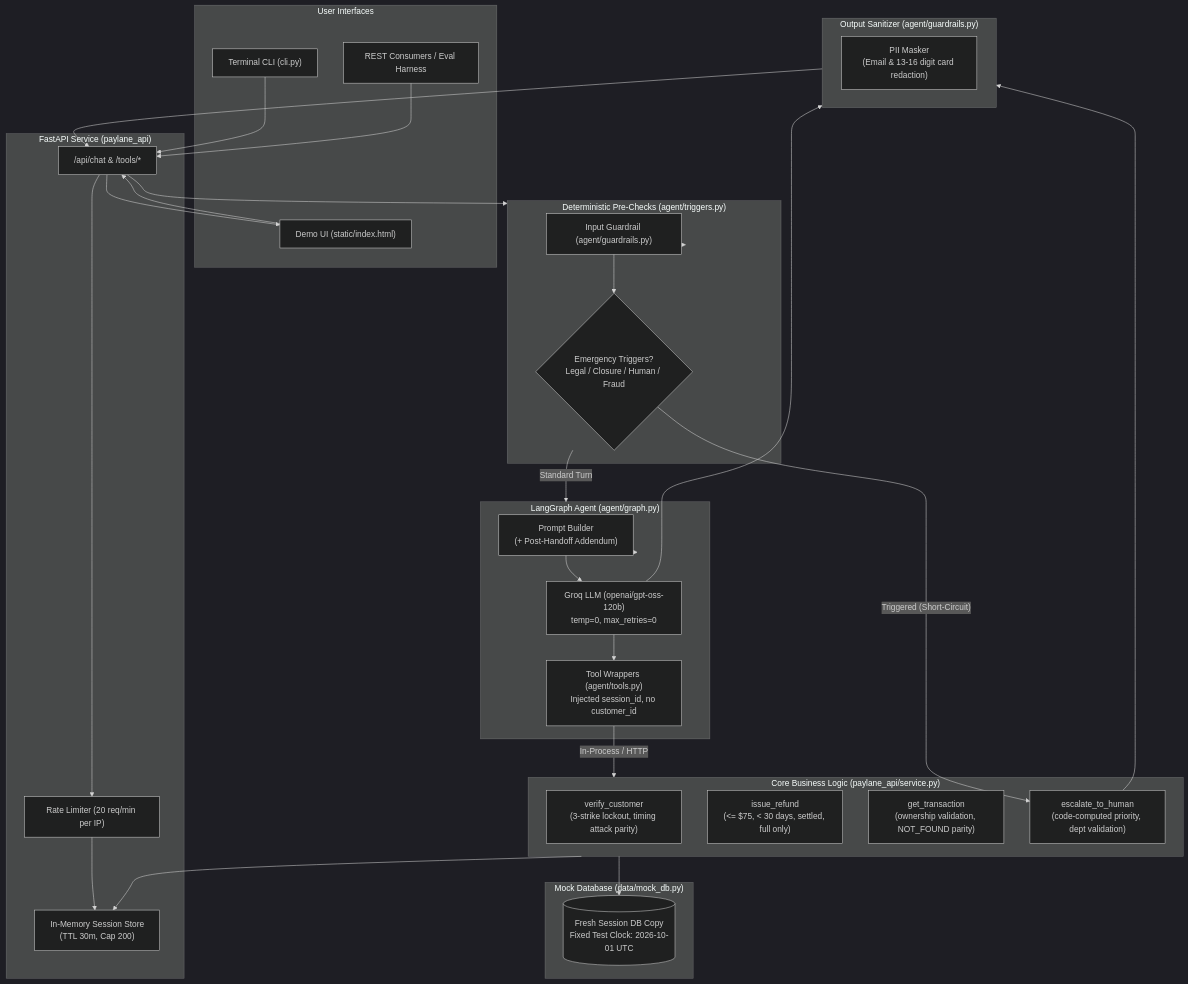
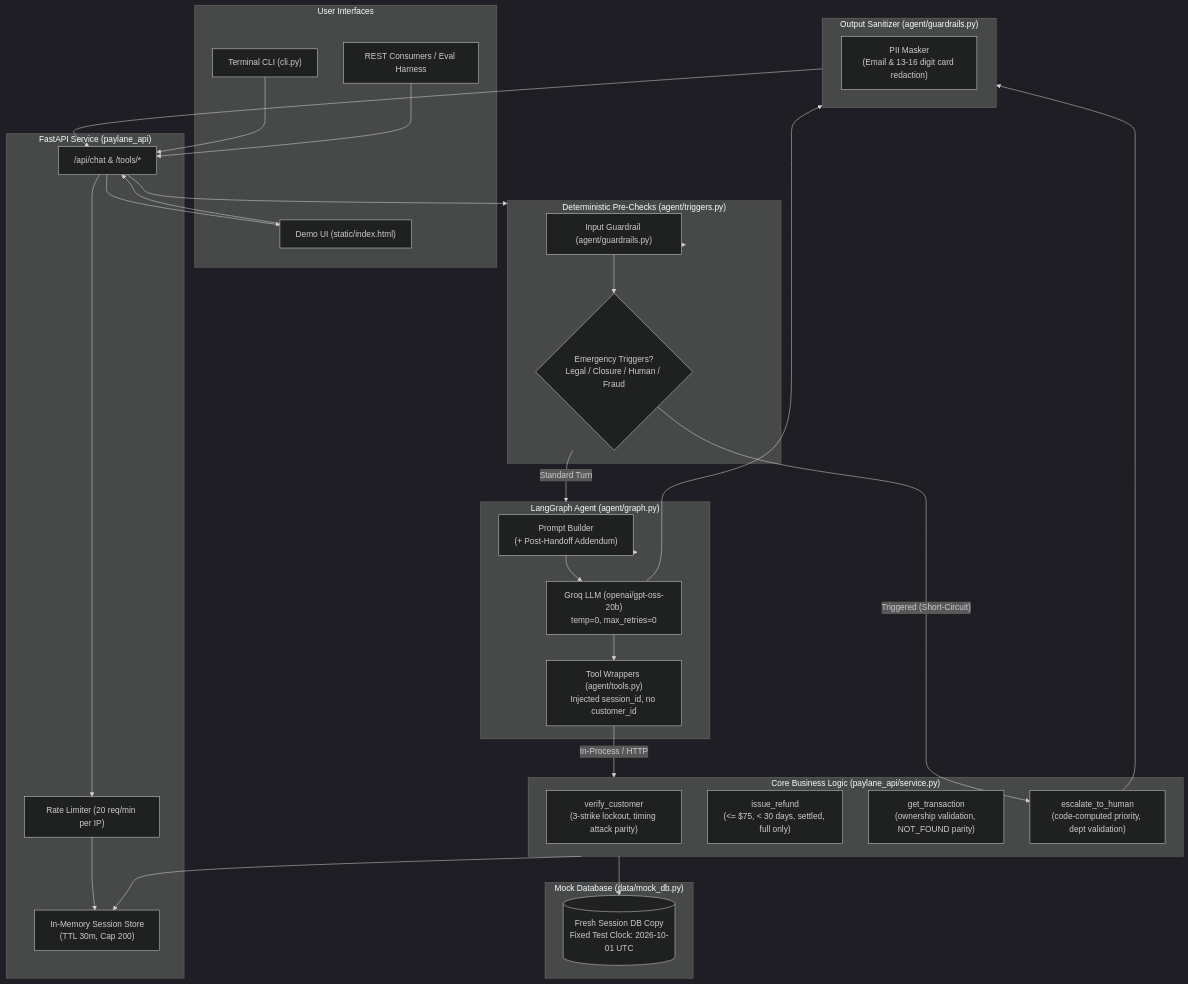
Before and after one commit to prathammande2403/Paylane-Support-Agent: the diagram in README.md, drawn with Mermaid (dark theme). The commit also changed other lines of this file and 23 other files, not shown here.

````diff
--- a/README.md
+++ b/README.md
@@ -31,60 +31,60 @@
 ```mermaid
 flowchart TD
     subgraph Client["User Interfaces"]
         UI["Demo UI (static/index.html)"]
         CLI["Terminal CLI (cli.py)"]
         API_Client["REST Consumers / Eval Harness"]
     end
 
     subgraph API["FastAPI Service (paylane_api)"]
         Endpoint["/api/chat & /tools/*"]
         RateLimit["Rate Limiter (20 req/min per IP)"]
         SessionStore["In-Memory Session Store<br/>(TTL 30m, Cap 200)"]
     end
 
     subgraph PreCheck["Deterministic Pre-Checks (agent/triggers.py)"]
         Guard["Input Guardrail (agent/guardrails.py)"]
         Triggers{"Emergency Triggers?<br/>Legal / Closure / Human / Fraud"}
     end
 
     subgraph Agent["LangGraph Agent (agent/graph.py)"]
         PromptBuilder["Prompt Builder<br/>(+ Post-Handoff Addendum)"]
-        GroqLLM["Groq LLM (openai/gpt-oss-120b)<br/>temp=0, max_retries=0"]
+        GroqLLM["Groq LLM (openai/gpt-oss-20b)<br/>temp=0, max_retries=0"]
         ToolWrappers["Tool Wrappers (agent/tools.py)<br/>Injected session_id, no customer_id"]
     end
 
     subgraph ServiceLayer["Core Business Logic (paylane_api/service.py)"]
         VerifyRules["verify_customer<br/>(3-strike lockout, timing attack parity)"]
         RefundRules["issue_refund<br/>(<= $75, < 30 days, settled, full only)"]
         TxnRules["get_transaction<br/>(ownership validation, NOT_FOUND parity)"]
         EscalateRules["escalate_to_human<br/>(code-computed priority, dept validation)"]
     end
 
     subgraph Data["Mock Database (data/mock_db.py)"]
         MockDB[("Fresh Session DB Copy<br/>Fixed Test Clock: 2026-10-01 UTC")]
     end
 
     subgraph PostCheck["Output Sanitizer (agent/guardrails.py)"]
         PIIFilter["PII Masker<br/>(Email & 13-16 digit card redaction)"]
     end
 
     UI --> Endpoint
     CLI --> Endpoint
     API_Client --> Endpoint
     Endpoint --> RateLimit --> SessionStore
 
     Endpoint --> PreCheck
     PreCheck --> Guard
     Guard --> Triggers
     Triggers -- "Triggered (Short-Circuit)" --> EscalateRules
     Triggers -- "Standard Turn" --> Agent
 
     Agent --> PromptBuilder --> GroqLLM --> ToolWrappers
     ToolWrappers -- "In-Process / HTTP" --> ServiceLayer
     ServiceLayer --> MockDB
     ServiceLayer --> SessionStore
 
     GroqLLM --> PostCheck
     EscalateRules --> PostCheck
     PostCheck --> Endpoint --> UI
 ```
````
